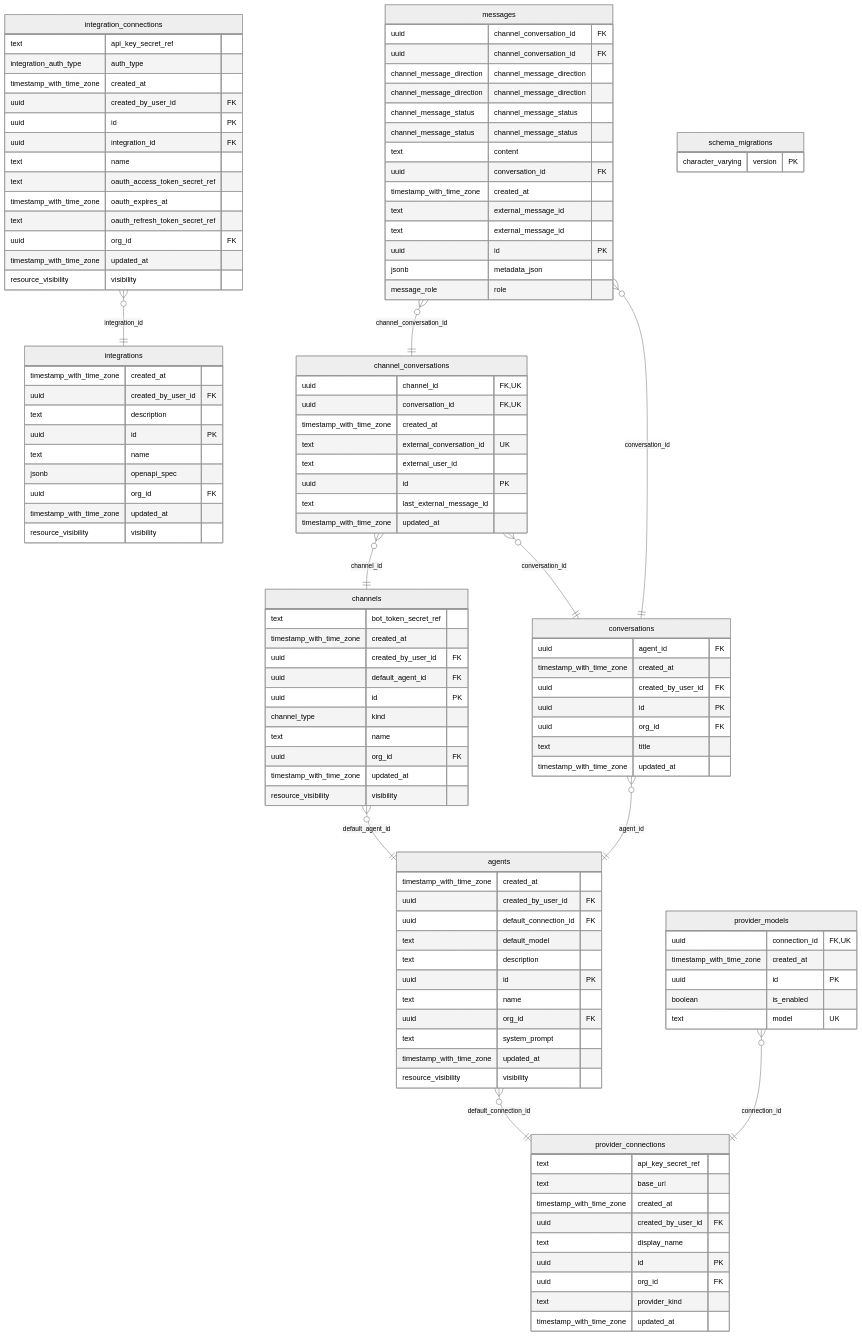
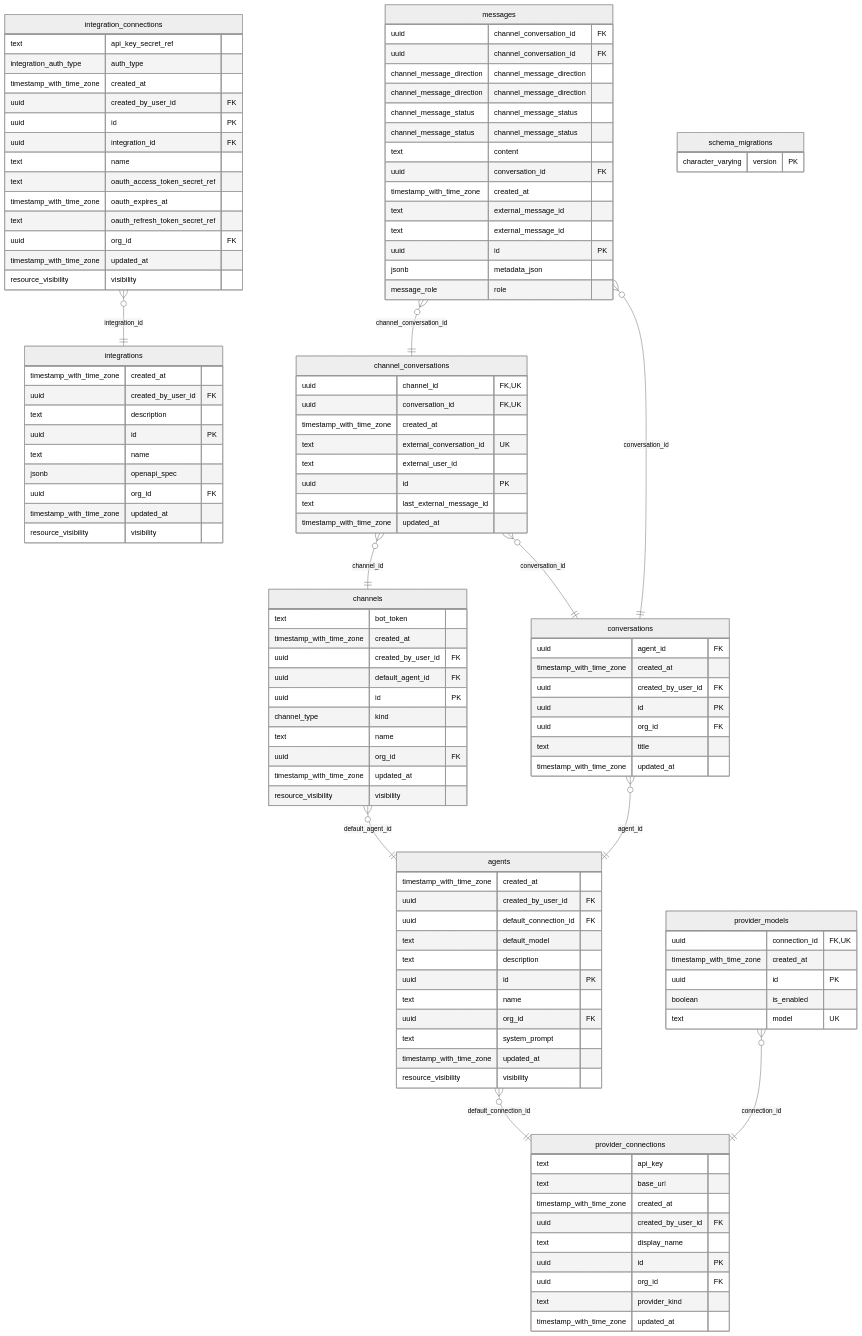
Before and after one commit to purton-tech/agent-octo: the third of 3 diagrams in crates/db/README.md, drawn with Mermaid (neutral theme). The commit also changed 34 other files, not shown here.

```diff
--- a/crates/db/README.md
+++ b/crates/db/README.md
@@ -127,7 +127,7 @@
     }
 
     channels {
-        text bot_token_secret_ref 
+        text bot_token 
         timestamp_with_time_zone created_at 
         uuid created_by_user_id FK 
         uuid default_agent_id FK 
@@ -195,7 +195,7 @@
     }
 
     provider_connections {
-        text api_key_secret_ref 
+        text api_key 
         text base_url 
         timestamp_with_time_zone created_at 
         uuid created_by_user_id FK 
```
